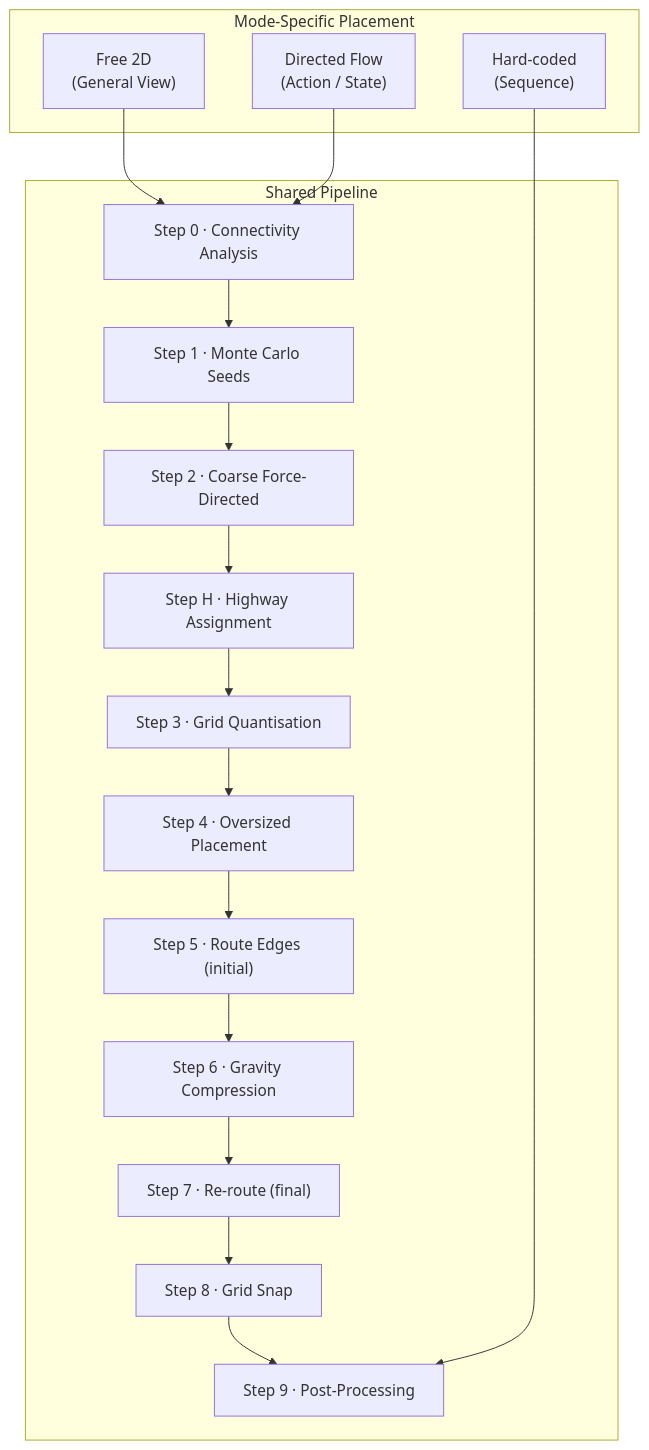
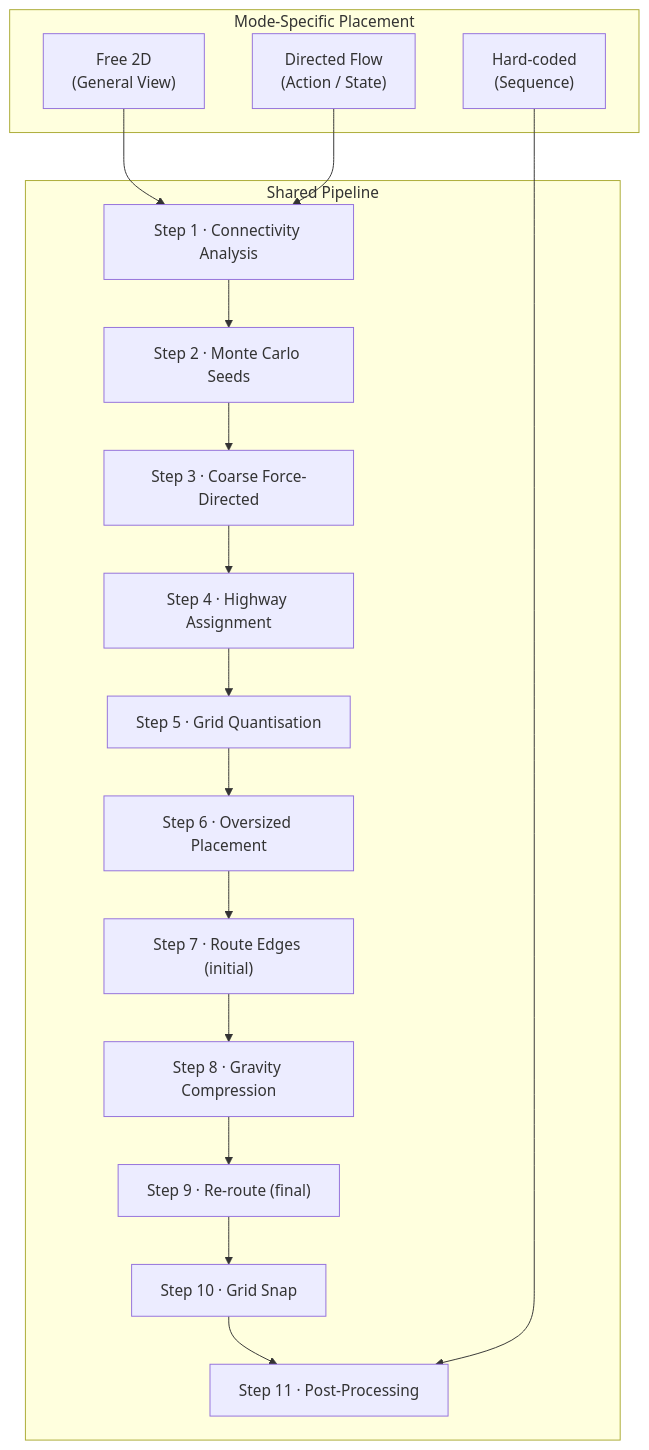
The first of 2 diagrams in docs/layout/layout.md (demaconsulting/SysML2Tools), drawn with Mermaid before and after one commit. The commit also changed other lines of this file and 1 other file, not shown here.

First line of the commit message:
docs(layout): renumber steps to 1-based (Steps 1-11, replacing Step H with Step 4)

````diff
--- a/docs/layout/layout.md
+++ b/docs/layout/layout.md
@@ -87,25 +87,25 @@
 ```mermaid
 flowchart TD
     subgraph modes["Mode-Specific Placement"]
         M1["Free 2D\n(General View)"]
         M2["Directed Flow\n(Action / State)"]
         M3["Hard-coded\n(Sequence)"]
     end
     subgraph pipeline["Shared Pipeline"]
-        S0["Step 0 · Connectivity Analysis"]
-        S1["Step 1 · Monte Carlo Seeds"]
-        S2["Step 2 · Coarse Force-Directed"]
-        SH["Step H · Highway Assignment"]
-        S3["Step 3 · Grid Quantisation"]
-        S4["Step 4 · Oversized Placement"]
-        S5["Step 5 · Route Edges (initial)"]
-        S6["Step 6 · Gravity Compression"]
-        S7["Step 7 · Re-route (final)"]
-        S8["Step 8 · Grid Snap"]
-        S9["Step 9 · Post-Processing"]
-        S0 --> S1 --> S2 --> SH --> S3 --> S4 --> S5 --> S6 --> S7 --> S8 --> S9
+        S1["Step 1 · Connectivity Analysis"]
+        S2["Step 2 · Monte Carlo Seeds"]
+        S3["Step 3 · Coarse Force-Directed"]
+        S4["Step 4 · Highway Assignment"]
+        S5["Step 5 · Grid Quantisation"]
+        S6["Step 6 · Oversized Placement"]
+        S7["Step 7 · Route Edges (initial)"]
+        S8["Step 8 · Gravity Compression"]
+        S9["Step 9 · Re-route (final)"]
+        S10["Step 10 · Grid Snap"]
+        S11["Step 11 · Post-Processing"]
+        S1 --> S2 --> S3 --> S4 --> S5 --> S6 --> S7 --> S8 --> S9 --> S10 --> S11
     end
-    M1 --> S0
-    M2 --> S0
-    M3 --> S9
+    M1 --> S1
+    M2 --> S1
+    M3 --> S11
 ```
````
